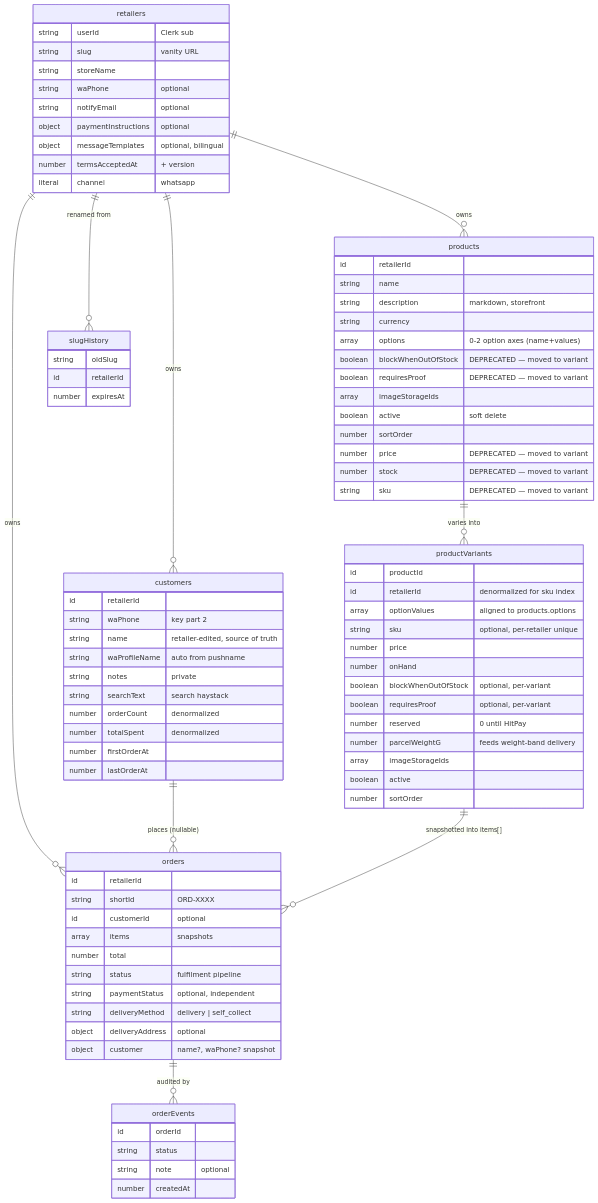
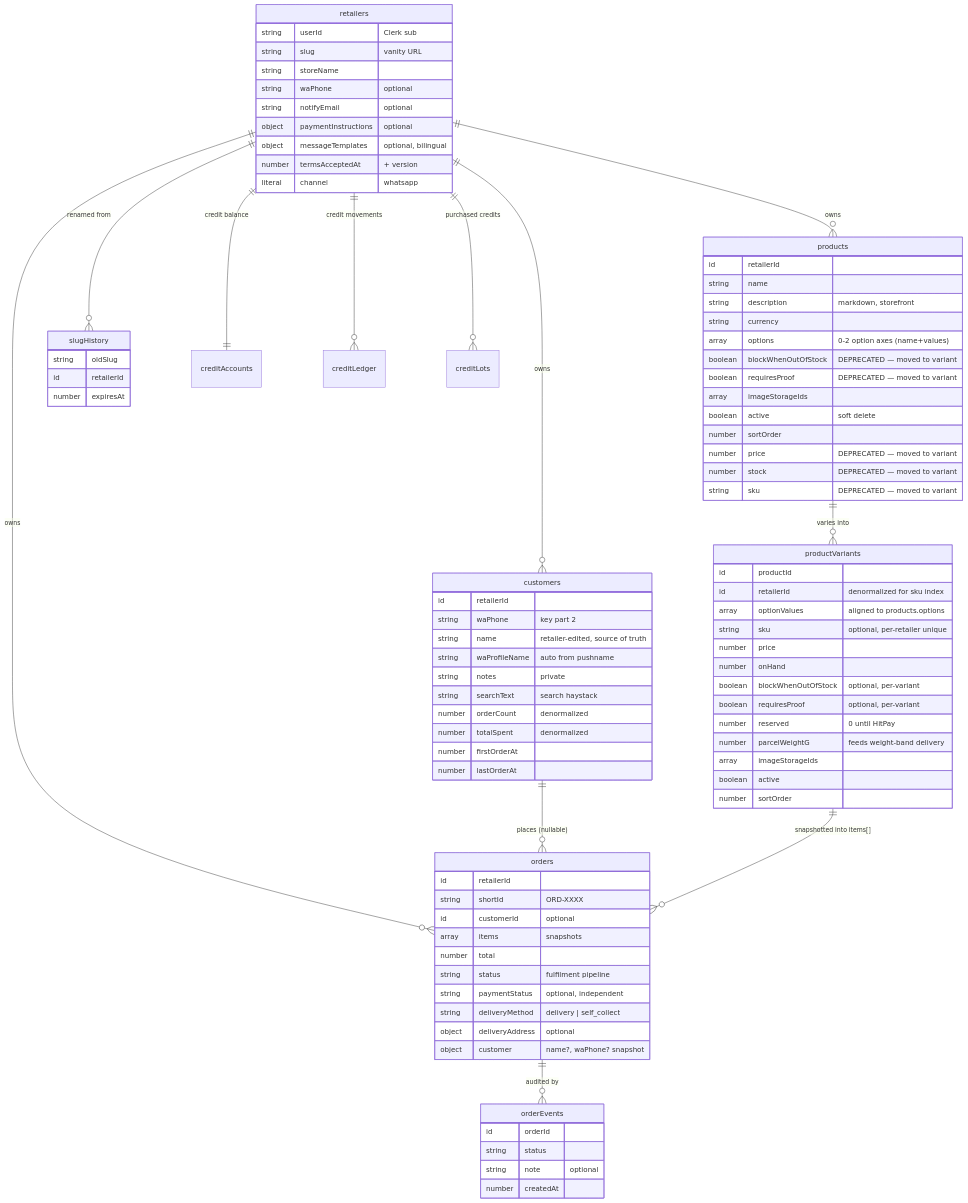
One commit to Kedaipal/kedaipal changed the diagram in docs/data-model.md. Above: the diagram before and after it, drawn with Mermaid. The commit also changed other lines of this file and 32 other files, not shown here.

```diff
--- a/docs/data-model.md
+++ b/docs/data-model.md
@@ -19,6 +19,9 @@
     retailers ||--o{ slugHistory : "renamed from"
     customers ||--o{ orders : "places (nullable)"
     orders ||--o{ orderEvents : "audited by"
+    retailers ||--|| creditAccounts : "credit balance"
+    retailers ||--o{ creditLedger : "credit movements"
+    retailers ||--o{ creditLots : "purchased credits"
     products ||--o{ productVariants : "varies into"
     productVariants ||--o{ orders : "snapshotted into items[]"
 
```
